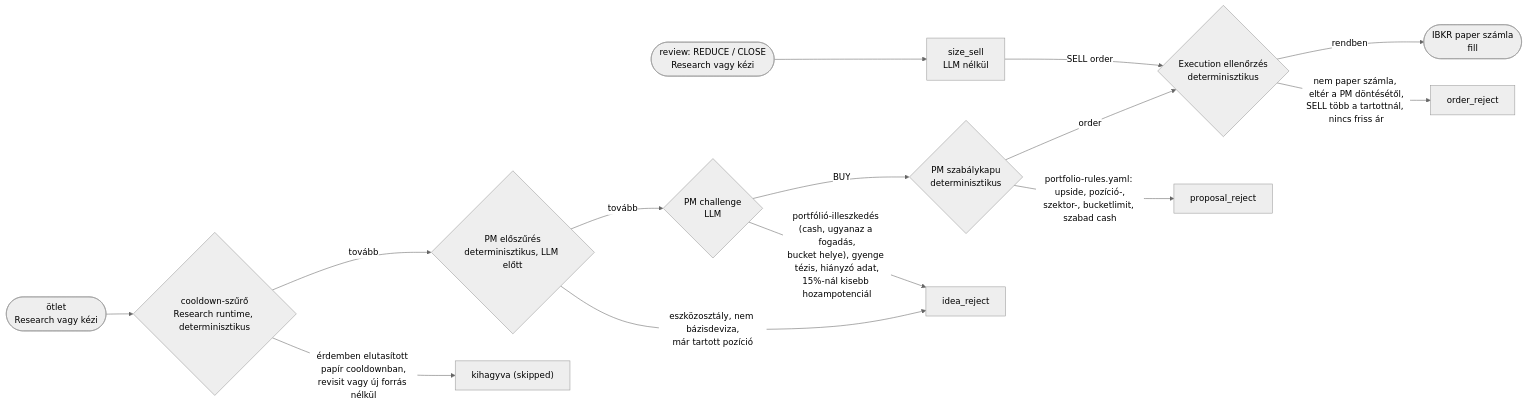
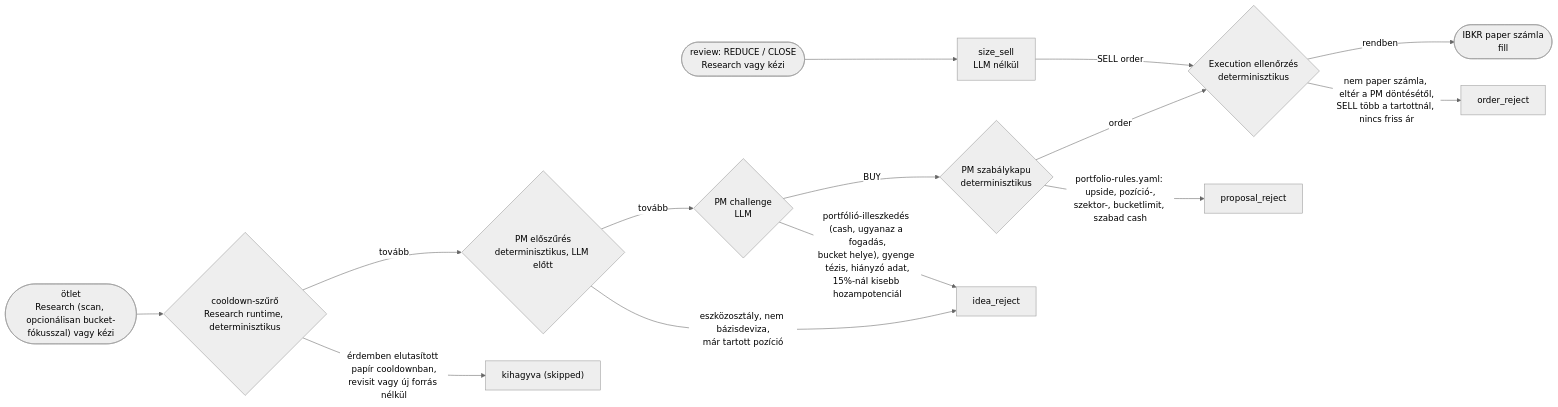
Before and after one commit to medovarszki/auxin-agentic-investment-organization: the ninth of 9 diagrams in README.md, drawn with Mermaid (neutral theme). The commit also changed other lines of this file and 9 other files, not shown here.

First line of the commit message:
Scan risk-bucket focus: make scan bucket=N and dashboard selector

````diff
--- a/README.md
+++ b/README.md
@@ -560,24 +565,24 @@
 ```mermaid
 flowchart LR
-    idea(["ötlet<br/>Research vagy kézi"])
+    idea(["ötlet<br/>Research (scan, opcionálisan bucket-fókusszal) vagy kézi"])
     review(["review: REDUCE / CLOSE<br/>Research vagy kézi"])
     g0{"cooldown-szűrő<br/>Research runtime, determinisztikus"}
     skip["kihagyva (skipped)"]
     g1{"PM előszűrés<br/>determinisztikus, LLM előtt"}
     g2{"PM challenge<br/>LLM"}
     g3{"PM szabálykapu<br/>determinisztikus"}
     sell["size_sell<br/>LLM nélkül"]
     g4{"Execution ellenőrzés<br/>determinisztikus"}
     ib(["IBKR paper számla<br/>fill"])
     r1["idea_reject"]
     r2["proposal_reject"]
     r3["order_reject"]
 
     idea --> g0 -- tovább --> g1 -- tovább --> g2 -- BUY --> g3 -- order --> g4 -- rendben --> ib
     review --> sell -- SELL order --> g4
     g0 -- "érdemben elutasított papír cooldownban,<br/>revisit vagy új forrás nélkül" --> skip
     g1 -- "eszközosztály, nem bázisdeviza,<br/>már tartott pozíció" --> r1
     g2 -- "portfólió-illeszkedés (cash, ugyanaz a fogadás,<br/>bucket helye), gyenge tézis, hiányzó adat,<br/>15%-nál kisebb hozampotenciál" --> r1
     g3 -- "portfolio-rules.yaml: upside, pozíció-,<br/>szektor-, bucketlimit, szabad cash" --> r2
     g4 -- "nem paper számla, eltér a PM döntésétől,<br/>SELL több a tartottnál, nincs friss ár" --> r3
 ```
````
